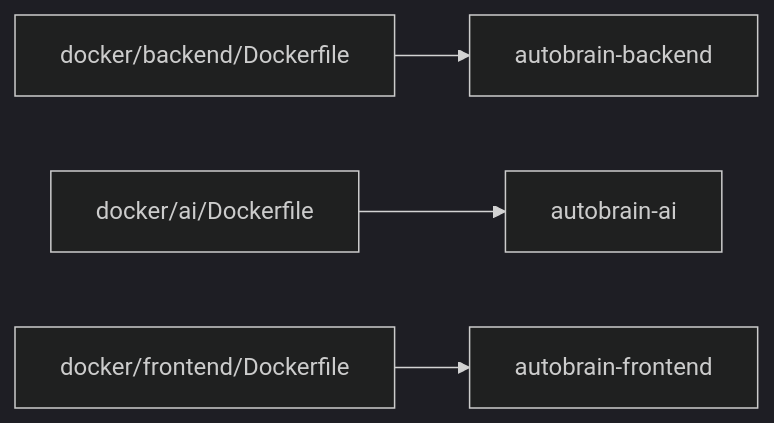
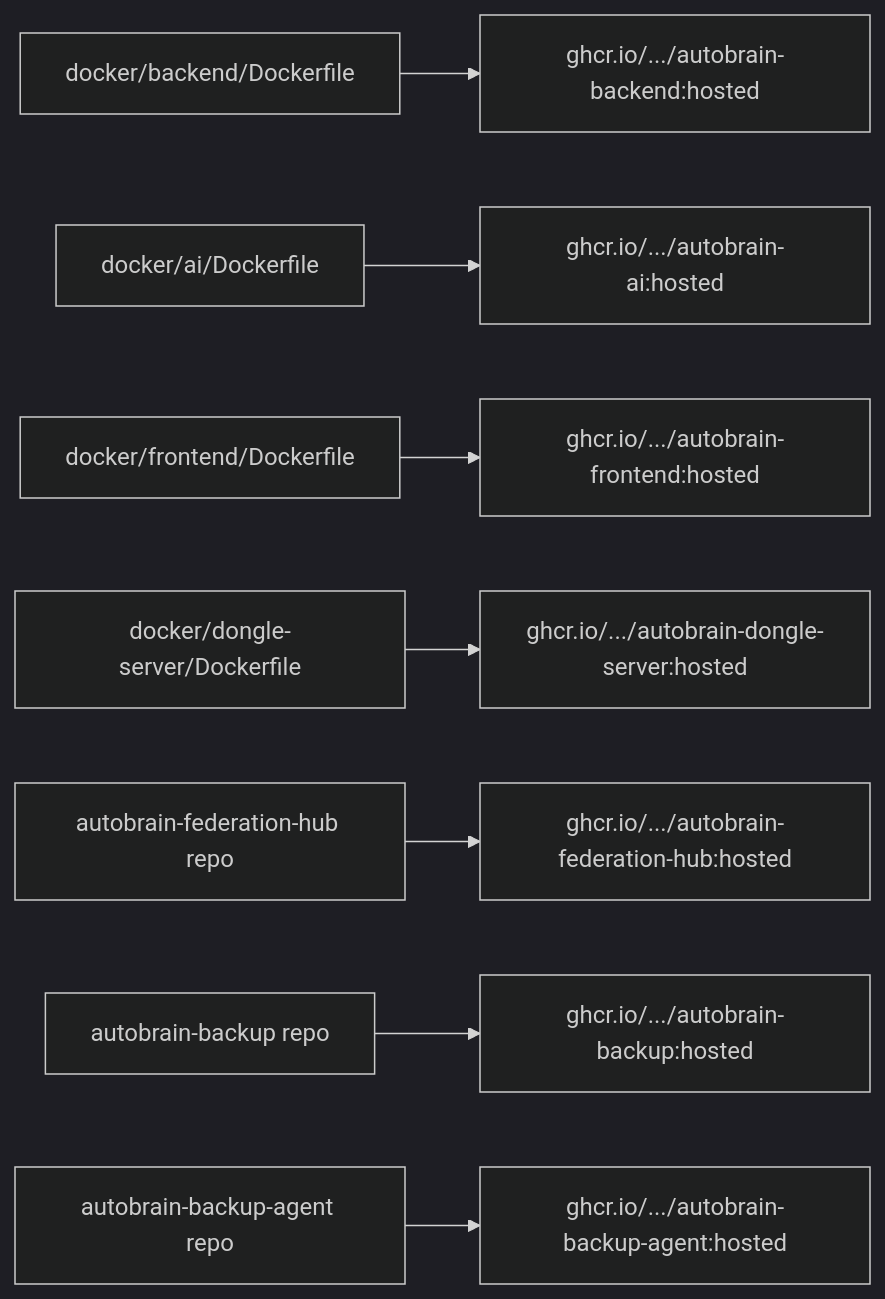
One commit to CannonFodder151/autobrain changed the third of 4 diagrams in docs/Deployment-and-Infrastructure/infrastructure-diagrams.md. Above: the diagram before and after it, drawn with Mermaid (dark theme). The commit also changed other lines of this file and 8 other files, not shown here.

````diff
--- a/docs/Deployment-and-Infrastructure/infrastructure-diagrams.md
+++ b/docs/Deployment-and-Infrastructure/infrastructure-diagrams.md
@@ -35,6 +82,10 @@
 ```mermaid
 graph LR
-    BF[docker/backend/Dockerfile] --> AB[autobrain-backend]
-    AF[docker/ai/Dockerfile] --> AAI[autobrain-ai]
-    FF[docker/frontend/Dockerfile] --> AFE[autobrain-frontend]
+    BF[docker/backend/Dockerfile] --> AB[ghcr.io/.../autobrain-backend:hosted]
+    AF[docker/ai/Dockerfile] --> AAI[ghcr.io/.../autobrain-ai:hosted]
+    FF[docker/frontend/Dockerfile] --> AFE[ghcr.io/.../autobrain-frontend:hosted]
+    DF[docker/dongle-server/Dockerfile] --> ADS[ghcr.io/.../autobrain-dongle-server:hosted]
+    HF[autobrain-federation-hub repo] --> AHB[ghcr.io/.../autobrain-federation-hub:hosted]
+    BUF[autobrain-backup repo] --> ABU[ghcr.io/.../autobrain-backup:hosted]
+    BAF[autobrain-backup-agent repo] --> ABA[ghcr.io/.../autobrain-backup-agent:hosted]
 ```
````
